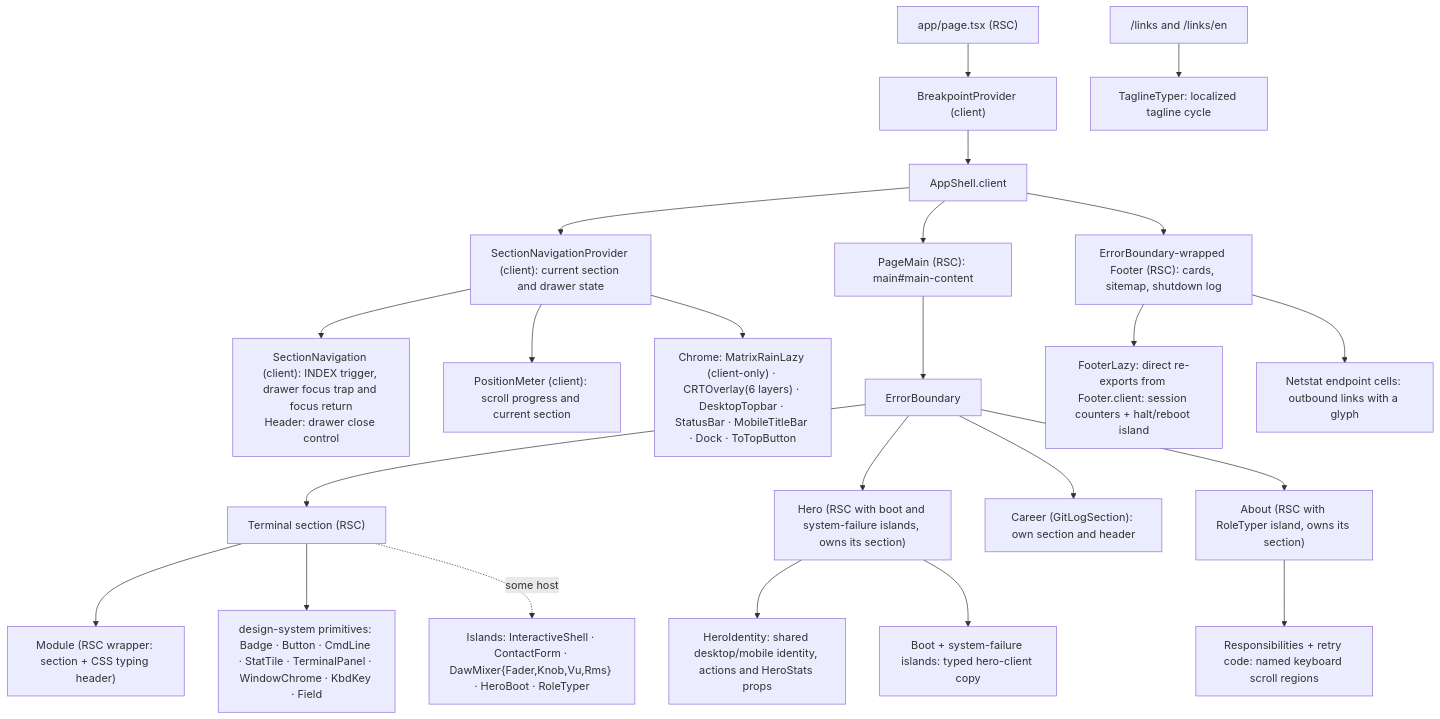
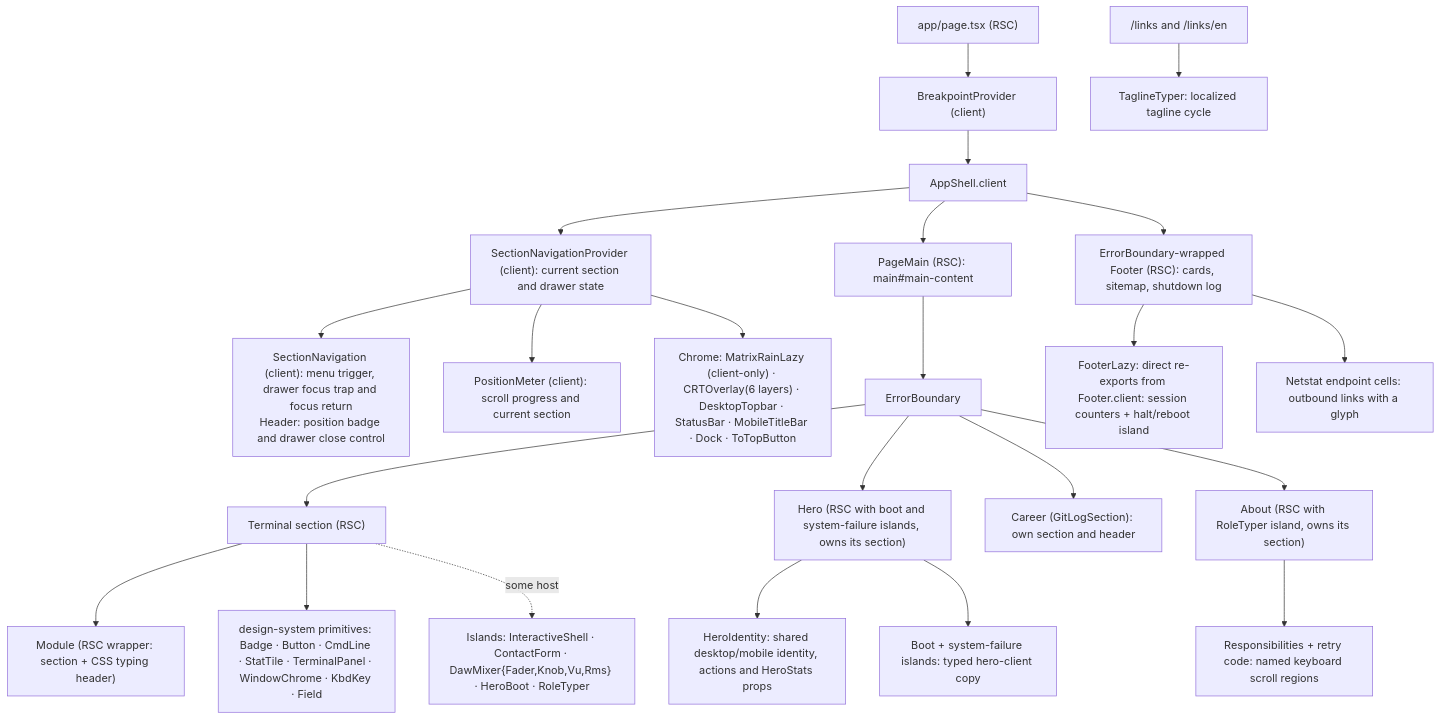
Before and after one commit to erikunha/portfolio: the first of 2 diagrams in docs/04-components-and-state.md, drawn with Mermaid. The commit also changed other lines of this file and 17 other files, not shown here.

````diff
--- a/docs/04-components-and-state.md
+++ b/docs/04-components-and-state.md
@@ -26,25 +26,25 @@
 ```mermaid
 flowchart TD
     page["app/page.tsx (RSC)"] --> bp["BreakpointProvider (client)"]
     bp --> shell["AppShell.client"]
     shell --> navigation["SectionNavigationProvider (client): current section and drawer state"]
-    navigation --> rail["SectionNavigation (client): INDEX trigger, drawer focus trap and focus return<br/>Header: drawer close control"]
+    navigation --> rail["SectionNavigation (client): menu trigger, drawer focus trap and focus return<br/>Header: position badge and drawer close control"]
     navigation --> position["PositionMeter (client): scroll progress and current section"]
     navigation --> chrome["Chrome: MatrixRainLazy (client-only) · CRTOverlay(6 layers) · DesktopTopbar · StatusBar · MobileTitleBar · Dock · ToTopButton"]
     shell --> main["PageMain (RSC): main#main-content"]
     main --> eb["ErrorBoundary"]
     eb --> sec["Terminal section (RSC)"]
     sec --> mod["Module (RSC wrapper: section + CSS typing header)"]
     sec --> dsp["design-system primitives: Badge · Button · CmdLine · StatTile · TerminalPanel · WindowChrome · KbdKey · Field"]
     sec -. some host .-> isl["Islands: InteractiveShell · ContactForm · DawMixer{Fader,Knob,Vu,Rms} · HeroBoot · RoleTyper"]
     eb --> hero["Hero (RSC with boot and system-failure islands, owns its section)"]
     hero --> identity["HeroIdentity: shared desktop/mobile identity, actions and HeroStats props"]
     hero --> clientcopy["Boot + system-failure islands: typed hero-client copy"]
     eb --> career["Career (GitLogSection): own section and header"]
     eb --> about["About (RSC with RoleTyper island, owns its section)"]
     about --> scroll["Responsibilities + retry code: named keyboard scroll regions"]
     shell --> fl["ErrorBoundary-wrapped Footer (RSC): cards, sitemap, shutdown log"]
     fl --> fi["FooterLazy: direct re-exports from Footer.client: session counters + halt/reboot island"]
     fl --> fc["Netstat endpoint cells: outbound links with a glyph"]
     links["/links and /links/en"] --> tagline["TaglineTyper: localized tagline cycle"]
 ```
````
